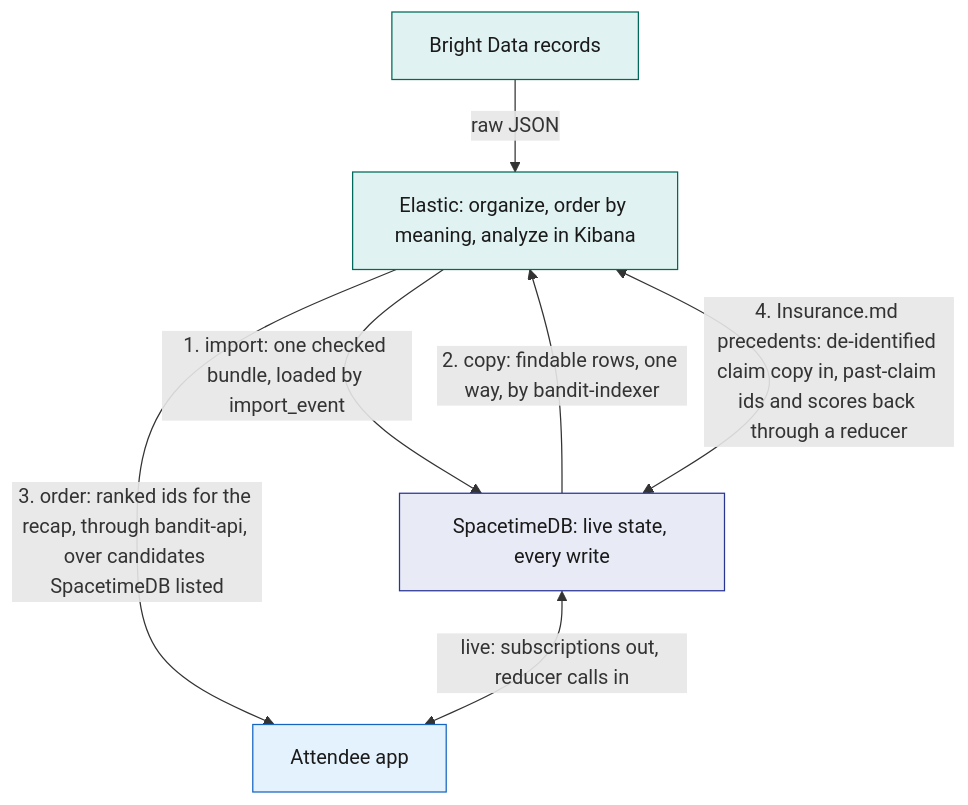
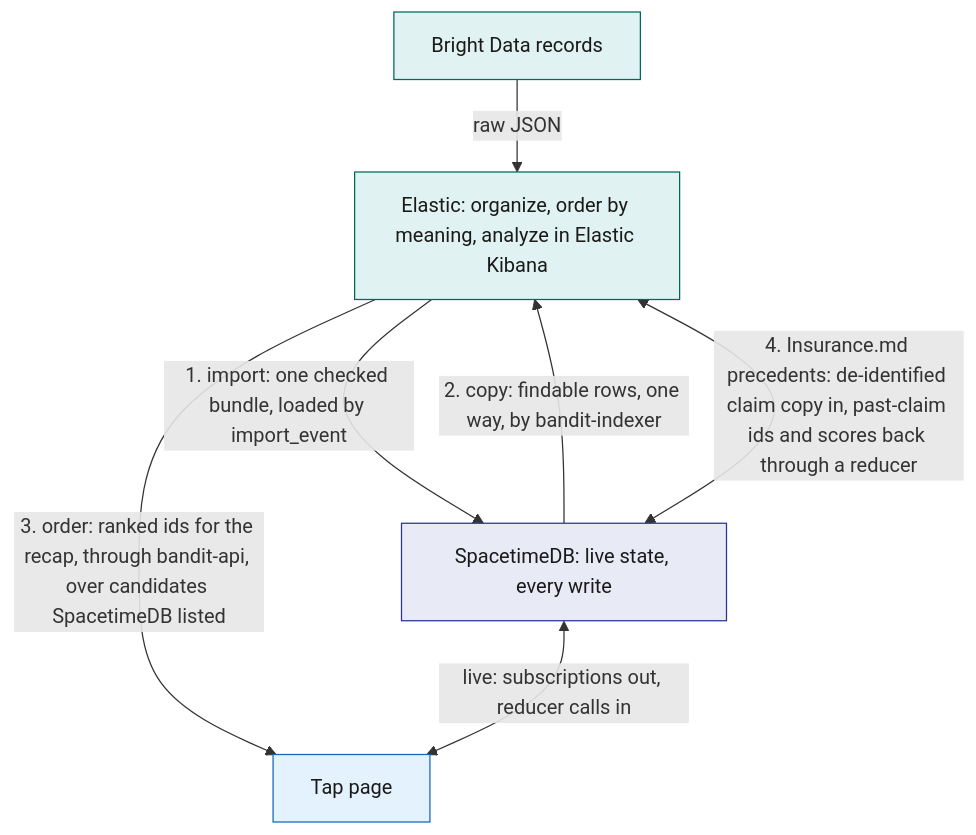
The fourth of 5 diagrams in System Design/1-overview/Architecture.md (viktorinkov/cal-hacks-13), drawn with Mermaid before and after one commit. The commit also changed other lines of this file and 26 other files, not shown here.

````diff
--- a/System Design/1-overview/Architecture.md
+++ b/System Design/1-overview/Architecture.md
@@ -236,15 +248,15 @@
 ```mermaid
 flowchart TB
-  BD["Bright Data records"] -->|"raw JSON"| ES["Elastic: organize, order by meaning, analyze in Kibana"]
+  BD["Bright Data records"] -->|"raw JSON"| ES["Elastic: organize, order by meaning, analyze in Elastic Kibana"]
   ES -->|"1. import: one checked bundle, loaded by import_event"| STDB["SpacetimeDB: live state, every write"]
   STDB -->|"2. copy: findable rows, one way, by bandit-indexer"| ES
-  ES -->|"3. order: ranked ids for the recap, through bandit-api, over candidates SpacetimeDB listed"| APP["Attendee app"]
+  ES -->|"3. order: ranked ids for the recap, through bandit-api, over candidates SpacetimeDB listed"| APP["Tap page"]
   STDB <-->|"4. Insurance.md precedents: de-identified claim copy in, past-claim ids and scores back through a reducer"| ES
   STDB <-->|"live: subscriptions out, reducer calls in"| APP
   classDef stdb fill:#E8EAF6,stroke:#283593,color:#1A1A1A
   classDef ext fill:#E0F2F1,stroke:#00695C,color:#1A1A1A
   classDef web fill:#E3F2FD,stroke:#1565C0,color:#1A1A1A
   class STDB stdb
   class ES,BD ext
   class APP web
 ```
````
